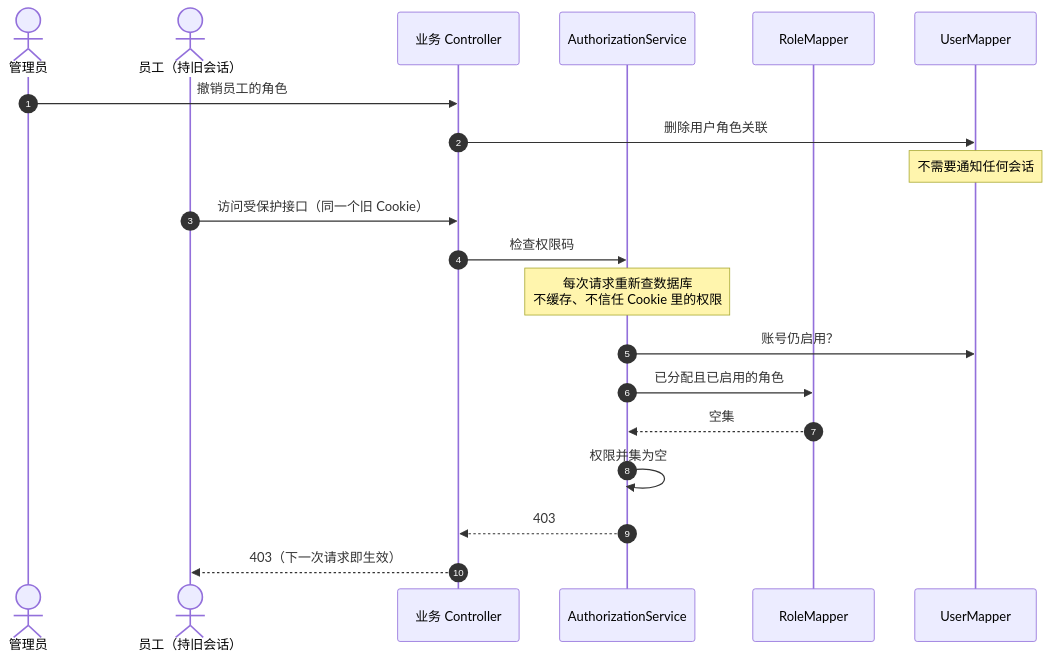
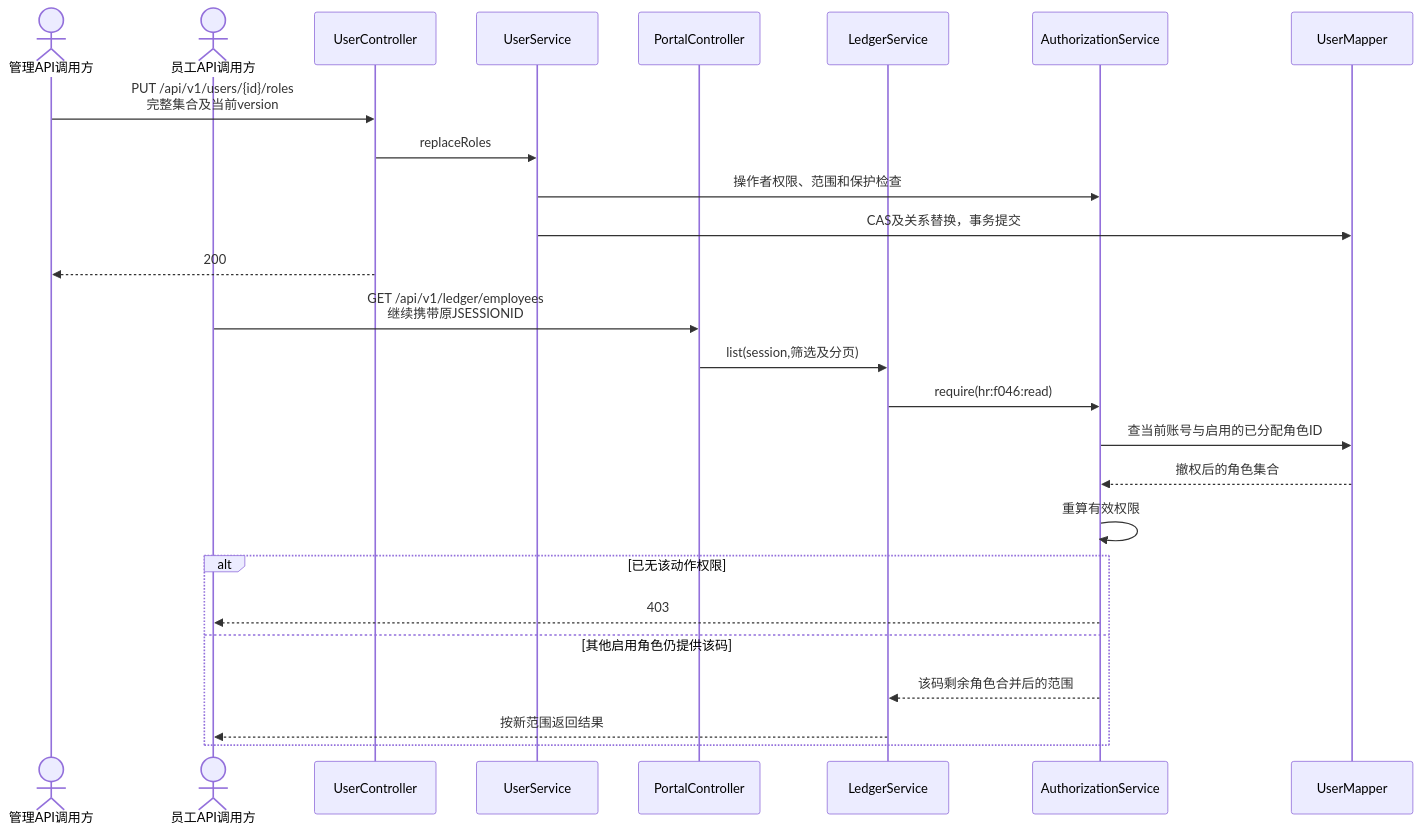
One commit to wenjiu-leng66/OO-d changed the fifth of 6 diagrams in docs/uml/sequence-diagrams.md. Above: the diagram before and after it, drawn with Mermaid. The commit also changed other lines of this file and 41 other files, not shown here.

````diff
--- a/docs/uml/sequence-diagrams.md
+++ b/docs/uml/sequence-diagrams.md
@@ -217,24 +166,28 @@
 ```mermaid
 sequenceDiagram
-  autonumber
-  actor Admin as 管理员
-  actor Staff as 员工（持旧会话）
-  participant C as 业务 Controller
+  actor Admin as 管理API调用方
+  actor Staff as 员工API调用方
+  participant UC as UserController
+  participant US as UserService
+  participant BC as PortalController
+  participant LS as LedgerService
   participant A as AuthorizationService
-  participant R as RoleMapper
   participant M as UserMapper
-
-  Admin->>C: 撤销员工的角色
-  C->>M: 删除用户角色关联
-  Note over M: 不需要通知任何会话
-
-  Staff->>C: 访问受保护接口（同一个旧 Cookie）
-  C->>A: 检查权限码
-  Note over A: 每次请求重新查数据库<br/>不缓存、不信任 Cookie 里的权限
-  A->>M: 账号仍启用？
-  A->>R: 已分配且已启用的角色
-  R-->>A: 空集
-  A->>A: 权限并集为空
-  A-->>C: 403
-  C-->>Staff: 403（下一次请求即生效）
+  Admin->>UC: PUT /api/v1/users/{id}/roles<br/>完整集合及当前version
+  UC->>US: replaceRoles
+  US->>A: 操作者权限、范围和保护检查
+  US->>M: CAS及关系替换，事务提交
+  UC-->>Admin: 200
+  Staff->>BC: GET /api/v1/ledger/employees<br/>继续携带原JSESSIONID
+  BC->>LS: list(session,筛选及分页)
+  LS->>A: require(hr:f046:read)
+  A->>M: 查当前账号与启用的已分配角色ID
+  M-->>A: 撤权后的角色集合
+  A->>A: 重算有效权限
+  alt 已无该动作权限
+    A-->>Staff: 403
+  else 其他启用角色仍提供该码
+    A-->>LS: 该码剩余角色合并后的范围
+    LS-->>Staff: 按新范围返回结果
+  end
 ```
````
